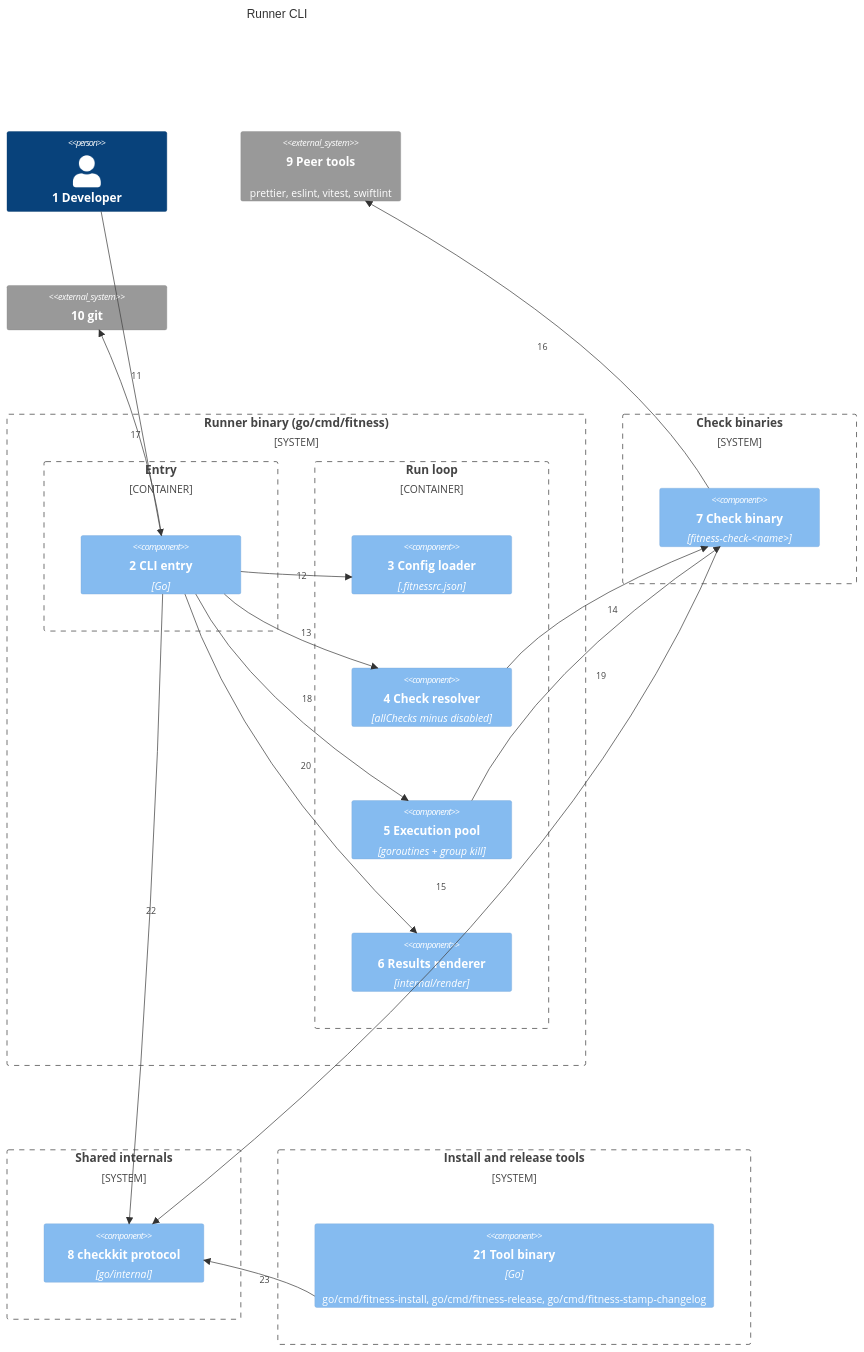
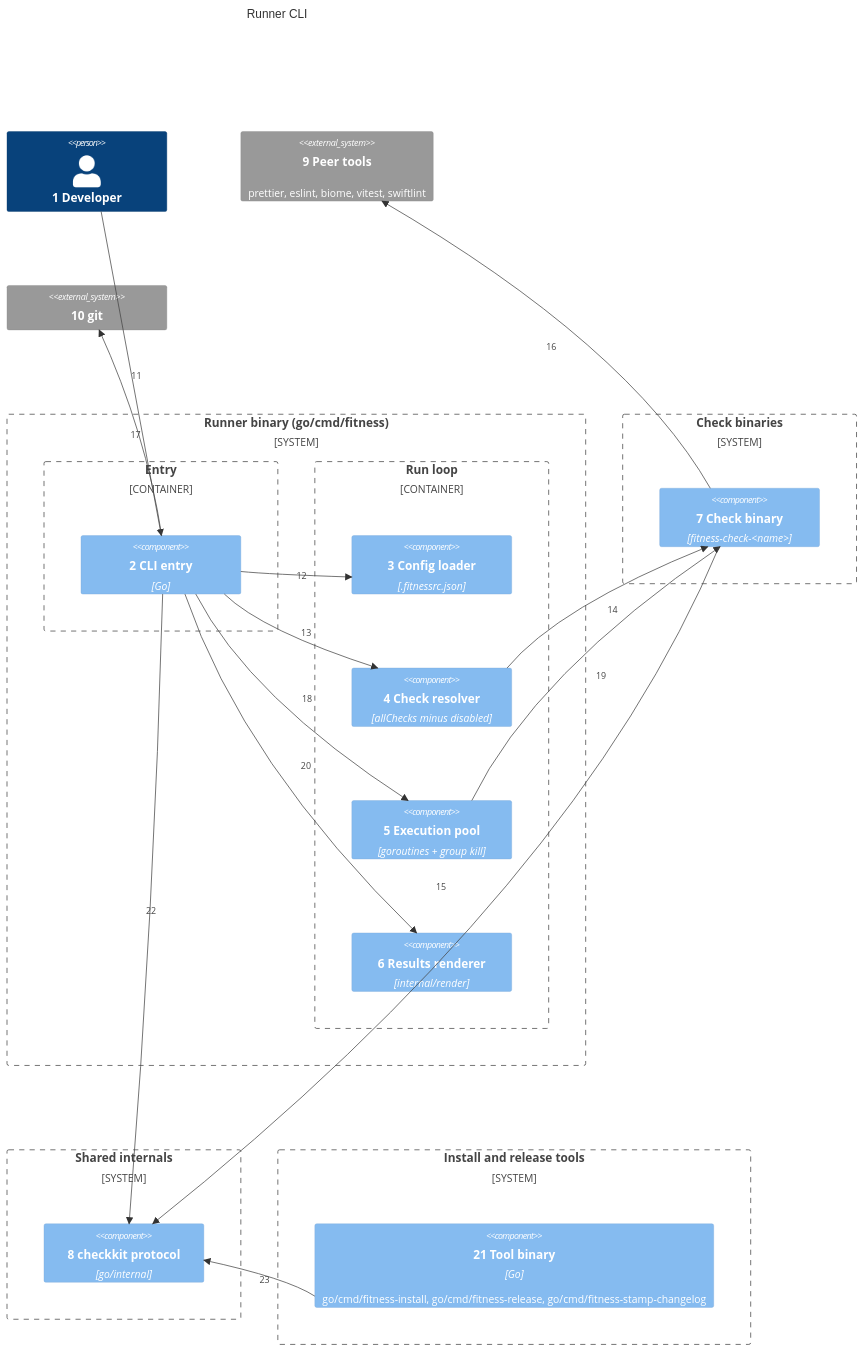
Before and after one commit to may-journal/fitness-runner: the first of 2 diagrams in docs/architecture/03-components.md, drawn with Mermaid. The commit also changed 12 other files, not shown here.

First line of the commit message:
feat(eslint): run Biome in place of eslint and prettier

````diff
--- a/docs/architecture/03-components.md
+++ b/docs/architecture/03-components.md
@@ -7,46 +7,46 @@
 ```mermaid
 C4Component
     title Runner CLI
 
     Person(developer, "1 Developer")
 
     System_Boundary(cli, "Runner binary (go/cmd/fitness)") {
         Container_Boundary(entry, "Entry") {
             Component(main, "2 CLI entry", "Go")
         }
         Container_Boundary(runner, "Run loop") {
             Component(config, "3 Config loader", ".fitnessrc.json")
             Component(resolve, "4 Check resolver", "allChecks minus disabled")
             Component(execute, "5 Execution pool", "goroutines + group kill")
             Component(output, "6 Results renderer", "internal/render")
         }
     }
 
     System_Boundary(checks, "Check binaries") {
         Component(check, "7 Check binary", "fitness-check-<name>")
     }
 
     System_Boundary(shared, "Shared internals") {
         Component(kit, "8 checkkit protocol", "go/internal")
     }
 
     System_Boundary(tools, "Install and release tools") {
         Component(tool, "21 Tool binary", "Go", "go/cmd/fitness-install, go/cmd/fitness-release, go/cmd/fitness-stamp-changelog")
     }
 
-    System_Ext(peers, "9 Peer tools", "prettier, eslint, vitest, swiftlint")
+    System_Ext(peers, "9 Peer tools", "prettier, eslint, biome, vitest, swiftlint")
     System_Ext(git, "10 git")
 
     Rel(developer, main, "11")
     Rel(main, config, "12")
     Rel(main, resolve, "13")
     Rel(resolve, check, "14")
     Rel(main, git, "17")
     Rel(main, execute, "18")
     Rel(execute, check, "19")
     Rel(main, output, "20")
     Rel(check, kit, "15")
     Rel(check, peers, "16")
     Rel(main, kit, "22")
     Rel(tool, kit, "23")
 ```
````
